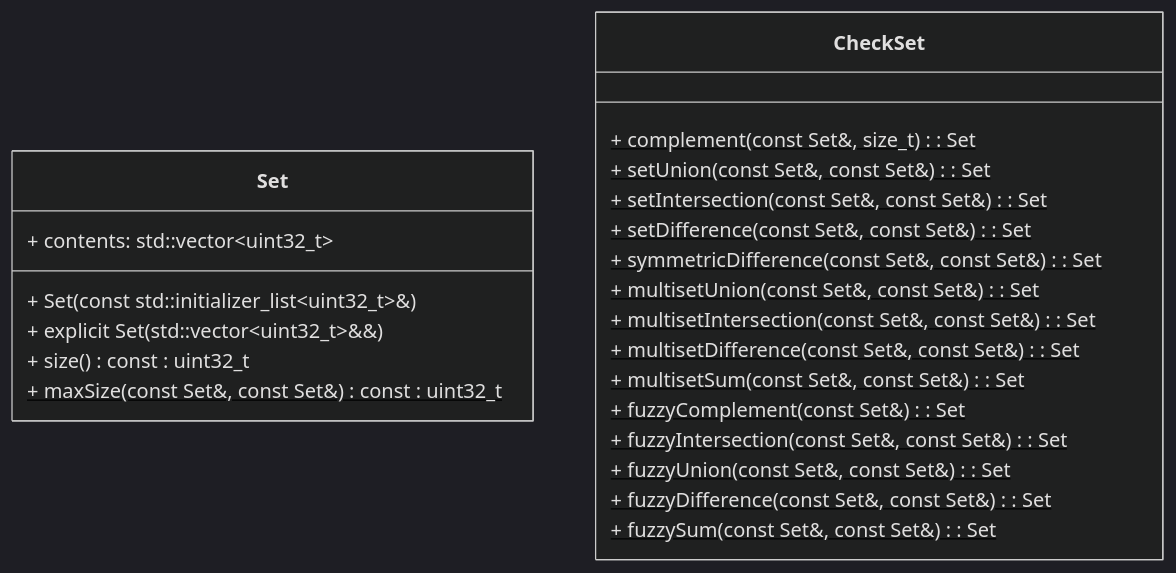
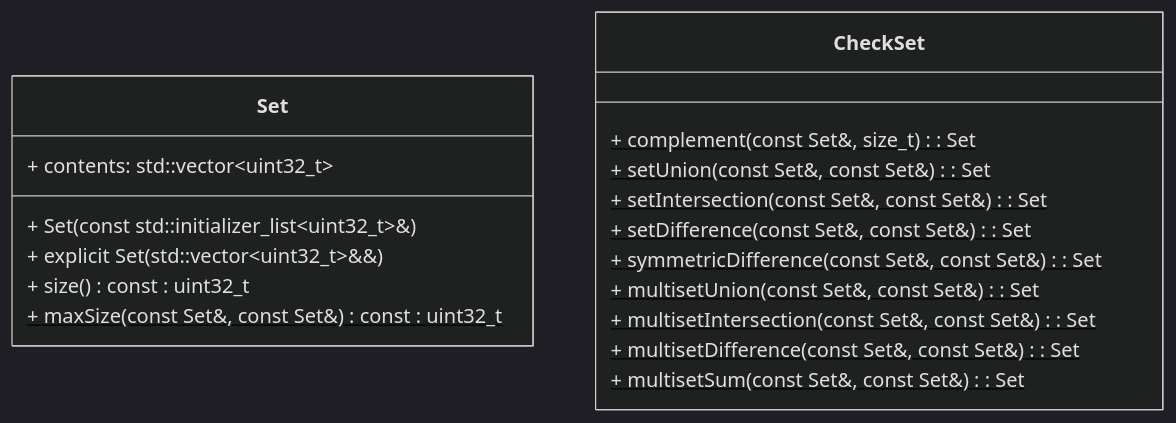
The diagram in docs/STRUCTURE-DIAGRAM.md (BR4YD3N-G/ProgrammingProject2_CS-2430), drawn with Mermaid (dark theme) before and after one commit.

````diff
--- a/docs/STRUCTURE-DIAGRAM.md
+++ b/docs/STRUCTURE-DIAGRAM.md
@@ -1,28 +1,23 @@
 ```mermaid
 classDiagram
     class Set {
         + Set(const std::initializer_list~uint32_t~&)
         + explicit Set(std::vector~uint32_t~&&)
         + size() const : uint32_t
         + maxSize(const Set&, const Set&) const : uint32_t$
         
         + contents: std::vector~uint32_t~
     }
     
     class CheckSet {
         + complement(const Set&, size_t) : Set $
         + setUnion(const Set&, const Set&) : Set $
         + setIntersection(const Set&, const Set&) : Set $
         + setDifference(const Set&, const Set&) : Set $
         + symmetricDifference(const Set&, const Set&) : Set $
         + multisetUnion(const Set&, const Set&) : Set $
         + multisetIntersection(const Set&, const Set&) : Set $
         + multisetDifference(const Set&, const Set&) : Set $
         + multisetSum(const Set&, const Set&) : Set $
-        + fuzzyComplement(const Set&) : Set $
-        + fuzzyIntersection(const Set&, const Set&) : Set $
-        + fuzzyUnion(const Set&, const Set&) : Set $
-        + fuzzyDifference(const Set&, const Set&) : Set $
-        + fuzzySum(const Set&, const Set&) : Set $
     }
 ```
````
